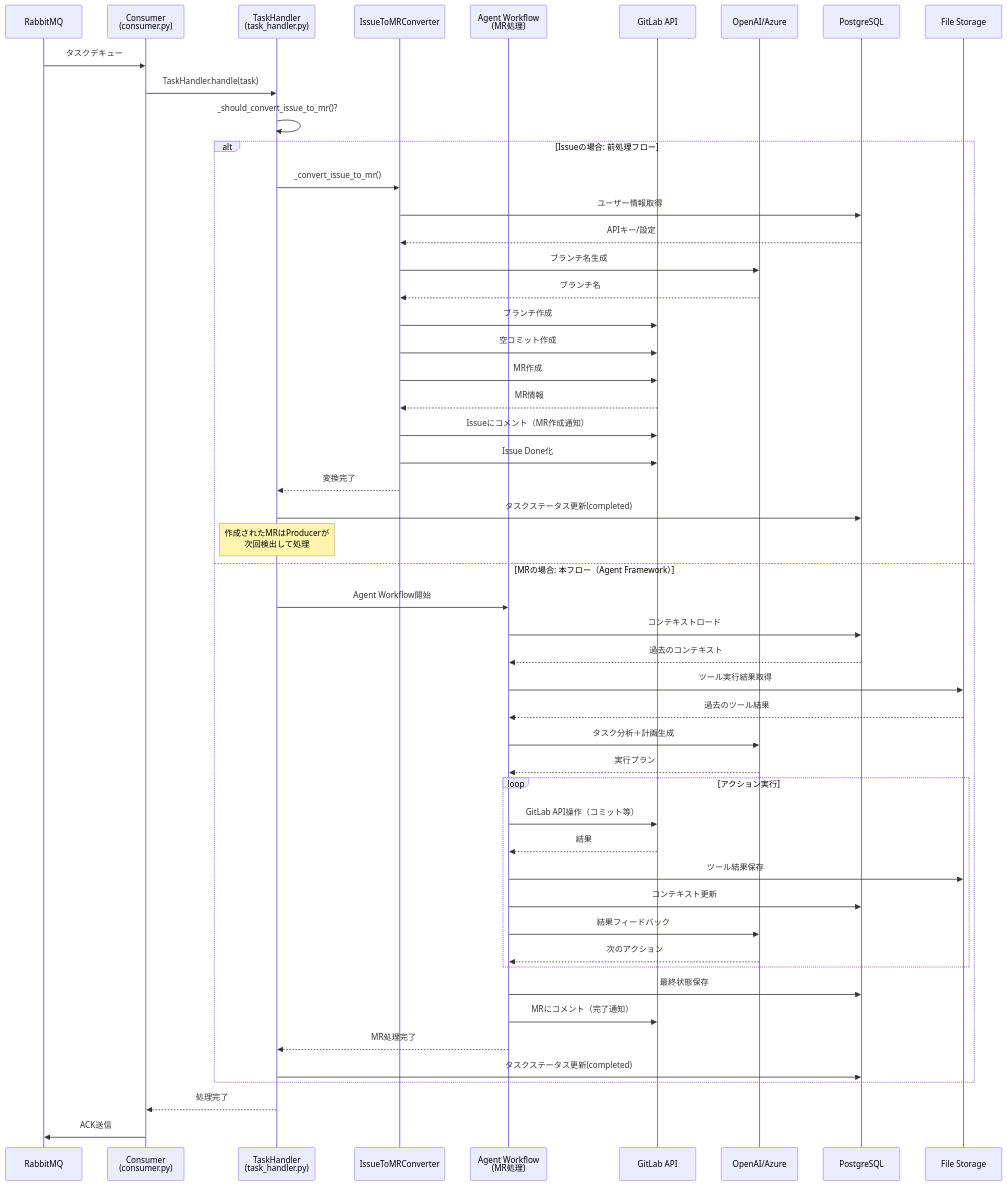
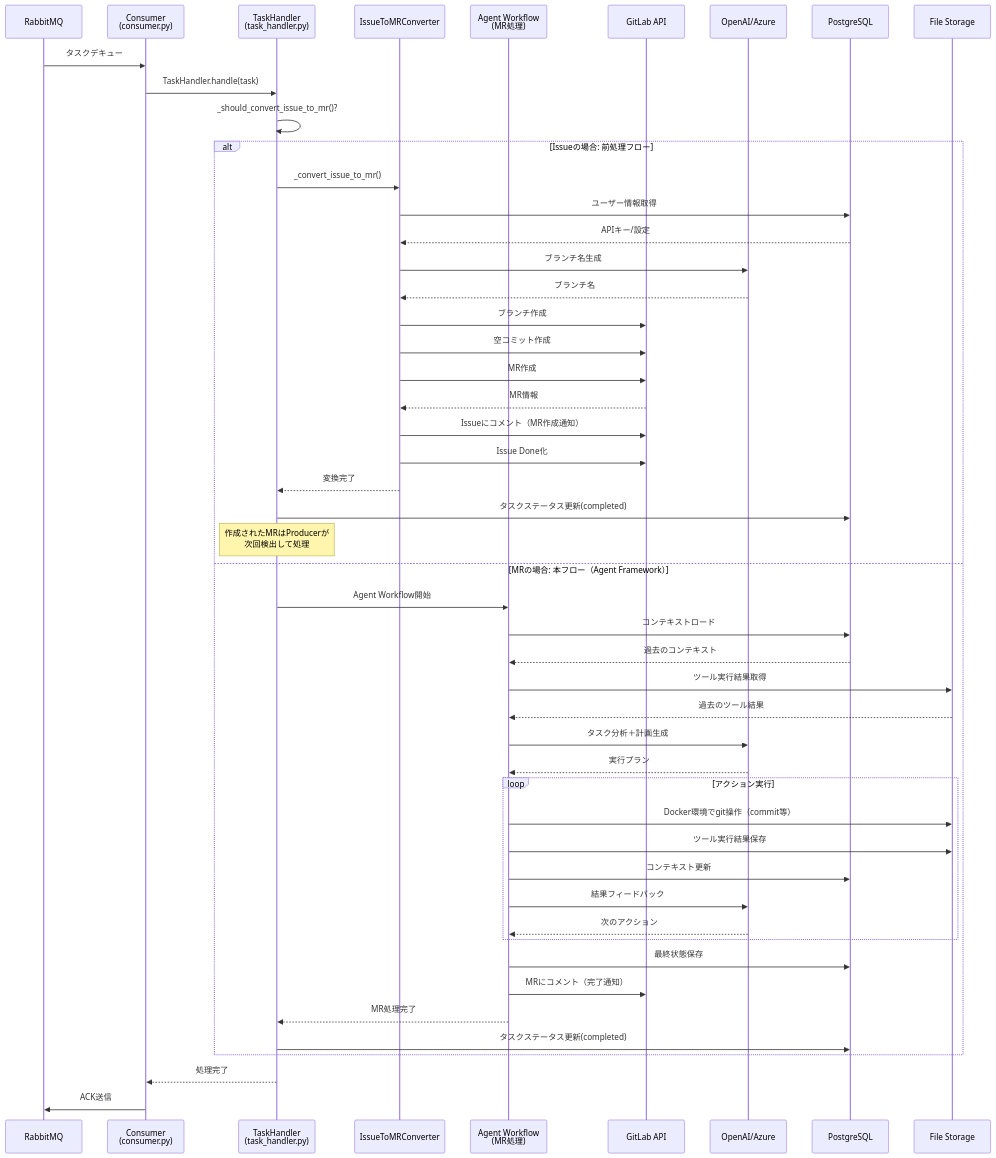
The third of 8 diagrams in docs/CODE_AGENT_ORCHESTRATOR_SPEC.md (notfolder/CodeAgentOrchestrator), drawn with Mermaid before and after one commit. The commit also changed other lines of this file and 2 other files, not shown here.

First line of the commit message:
Add comprehensive database schema specification for coding_agent

````diff
--- a/docs/CODE_AGENT_ORCHESTRATOR_SPEC.md
+++ b/docs/CODE_AGENT_ORCHESTRATOR_SPEC.md
@@ -166,55 +166,54 @@
 ```mermaid
 sequenceDiagram
     participant RMQ as RabbitMQ
     participant C as Consumer<br/>(consumer.py)
     participant TH as TaskHandler<br/>(task_handler.py)
     participant Conv as IssueToMRConverter
     participant WF as Agent Workflow<br/>(MR処理)
     participant GL as GitLab API
     participant LLM as OpenAI/Azure
     participant DB as PostgreSQL
     participant FS as File Storage
     
     RMQ->>C: タスクデキュー
     C->>TH: TaskHandler.handle(task)
     TH->>TH: _should_convert_issue_to_mr()?
     
     alt Issueの場合: 前処理フロー
         TH->>Conv: _convert_issue_to_mr()
         Conv->>DB: ユーザー情報取得
         DB-->>Conv: APIキー/設定
         Conv->>LLM: ブランチ名生成
         LLM-->>Conv: ブランチ名
         Conv->>GL: ブランチ作成
         Conv->>GL: 空コミット作成
         Conv->>GL: MR作成
         GL-->>Conv: MR情報
         Conv->>GL: Issueにコメント（MR作成通知）
         Conv->>GL: Issue Done化
         Conv-->>TH: 変換完了
         TH->>DB: タスクステータス更新(completed)
         Note over TH: 作成されたMRはProducerが<br/>次回検出して処理
     else MRの場合: 本フロー（Agent Framework）
         TH->>WF: Agent Workflow開始
         WF->>DB: コンテキストロード
         DB-->>WF: 過去のコンテキスト
         WF->>FS: ツール実行結果取得
         FS-->>WF: 過去のツール結果
         WF->>LLM: タスク分析＋計画生成
         LLM-->>WF: 実行プラン
         loop アクション実行
-            WF->>GL: GitLab API操作（コミット等）
-            GL-->>WF: 結果
-            WF->>FS: ツール結果保存
+            WF->>FS: Docker環境でgit操作（commit等）
+            WF->>FS: ツール実行結果保存
             WF->>DB: コンテキスト更新
             WF->>LLM: 結果フィードバック
             LLM-->>WF: 次のアクション
         end
         WF->>DB: 最終状態保存
         WF->>GL: MRにコメント（完了通知）
         WF-->>TH: MR処理完了
         TH->>DB: タスクステータス更新(completed)
     end
     TH-->>C: 処理完了
     C->>RMQ: ACK送信
 ```
````
